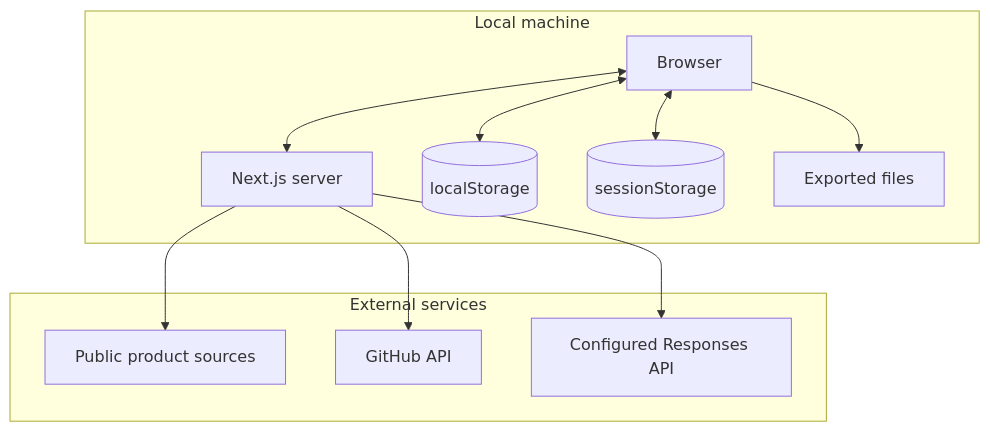
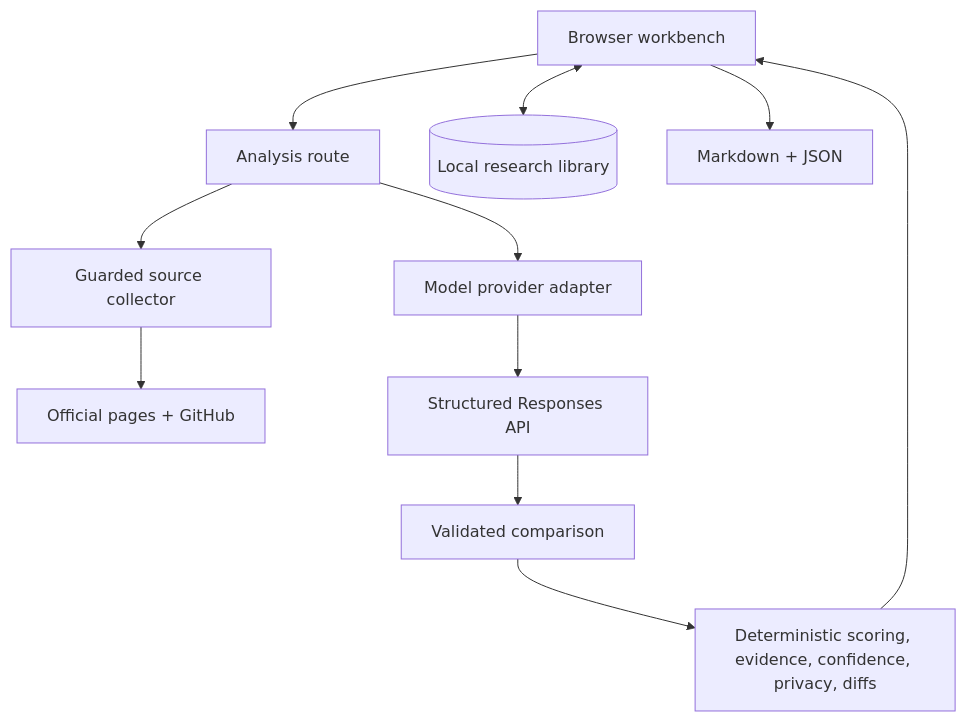
One commit to wp043/fitlens changed the second of 2 diagrams in README.md. Above: the diagram before and after it, drawn with Mermaid. The commit also changed other lines of this file and 5 other files, not shown here.

````diff
--- a/README.md
+++ b/README.md
@@ -253,24 +198,13 @@
 ```mermaid
 flowchart TB
-    subgraph Local machine
-        B[Browser]
-        N[Next.js server]
-        LS[(localStorage)]
-        SS[(sessionStorage)]
-        F[Exported files]
-        B <--> N
-        B <--> LS
-        B <--> SS
-        B --> F
-    end
-
-    subgraph External services
-        PS[Public product sources]
-        GH[GitHub API]
-        OA[Configured Responses API]
-    end
-
-    N --> PS
-    N --> GH
-    N --> OA
+    UI[Browser workbench] --> API[Analysis route]
+    API --> SRC[Guarded source collector]
+    API --> MODEL[Model provider adapter]
+    SRC --> WEB[Official pages + GitHub]
+    MODEL --> RESP[Structured Responses API]
+    RESP --> DOMAIN[Validated comparison]
+    DOMAIN --> DET[Deterministic scoring, evidence, confidence, privacy, diffs]
+    DET --> UI
+    UI <--> LOCAL[(Local research library)]
+    UI --> FILES[Markdown + JSON]
 ```
````
